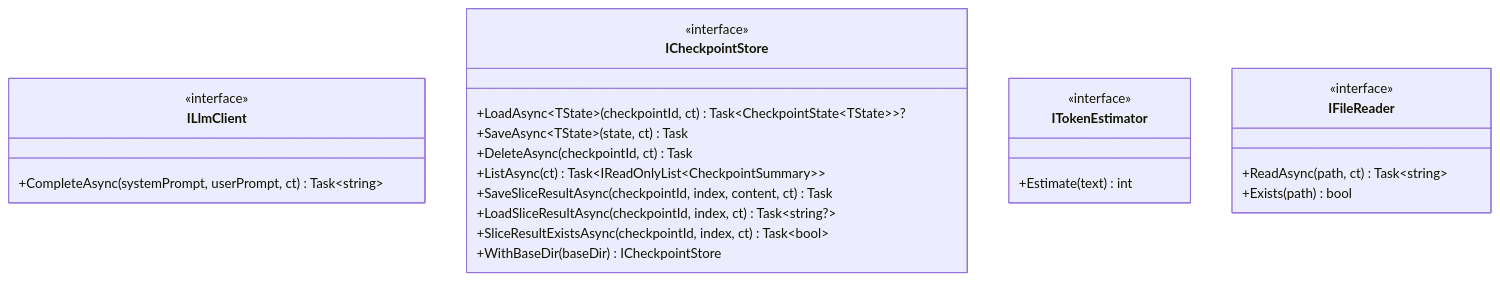
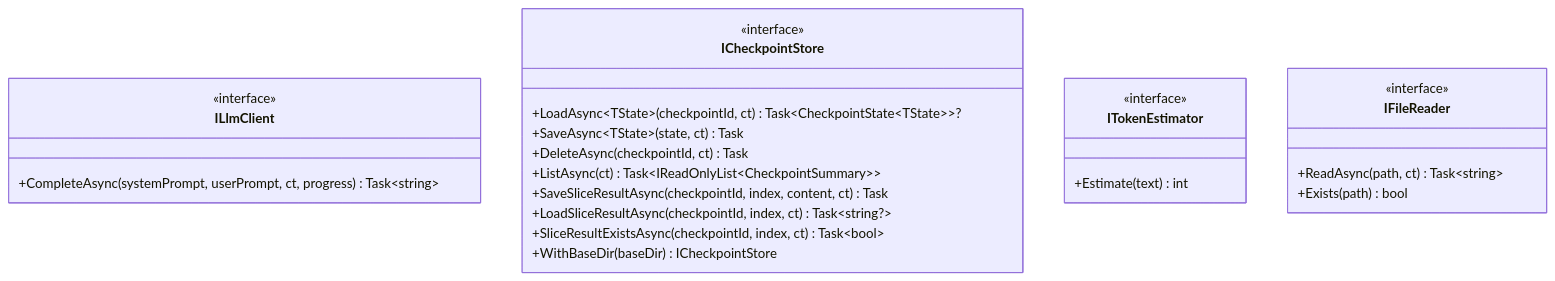
The third of 11 diagrams in ARCHITECTURE.md (sedna-works/CharacterKiller), drawn with Mermaid before and after one commit. The commit also changed other lines of this file, not shown here.

Commit message:
docsL 更新架构图

````diff
--- a/ARCHITECTURE.md
+++ b/ARCHITECTURE.md
@@ -119,30 +244,30 @@
 ```mermaid
 classDiagram
     class ILlmClient {
         <<interface>>
-        +CompleteAsync(systemPrompt, userPrompt, ct) Task~string~
+        +CompleteAsync(systemPrompt, userPrompt, ct, progress) Task~string~
     }
 
     class ICheckpointStore {
         <<interface>>
         +LoadAsync~TState~(checkpointId, ct) Task~CheckpointState~TState~~?
         +SaveAsync~TState~(state, ct) Task
         +DeleteAsync(checkpointId, ct) Task
         +ListAsync(ct) Task~IReadOnlyList~CheckpointSummary~~
         +SaveSliceResultAsync(checkpointId, index, content, ct) Task
         +LoadSliceResultAsync(checkpointId, index, ct) Task~string?~
         +SliceResultExistsAsync(checkpointId, index, ct) Task~bool~
         +WithBaseDir(baseDir) ICheckpointStore
     }
 
     class ITokenEstimator {
         <<interface>>
         +Estimate(text) int
     }
 
     class IFileReader {
         <<interface>>
         +ReadAsync(path, ct) Task~string~
         +Exists(path) bool
     }
 ```
````
